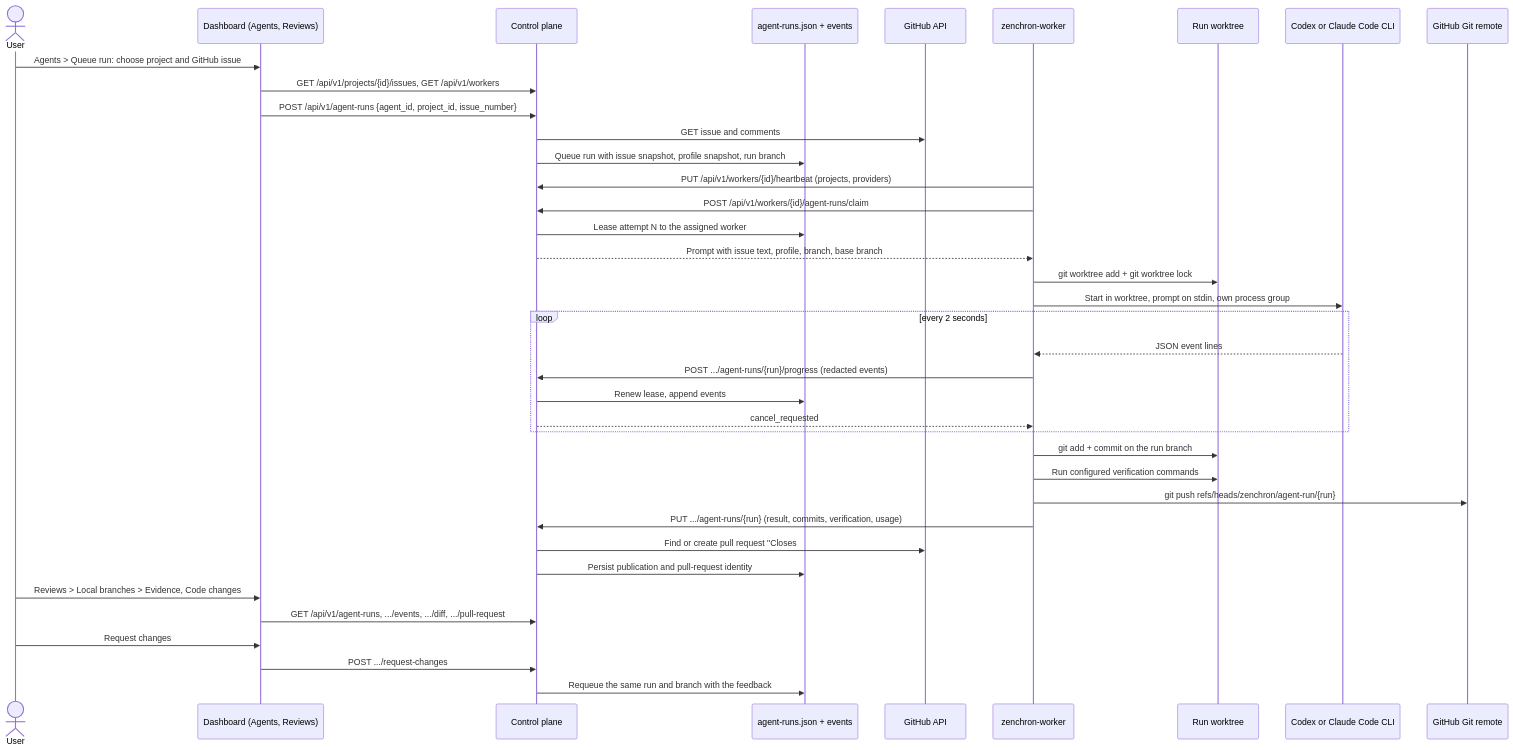
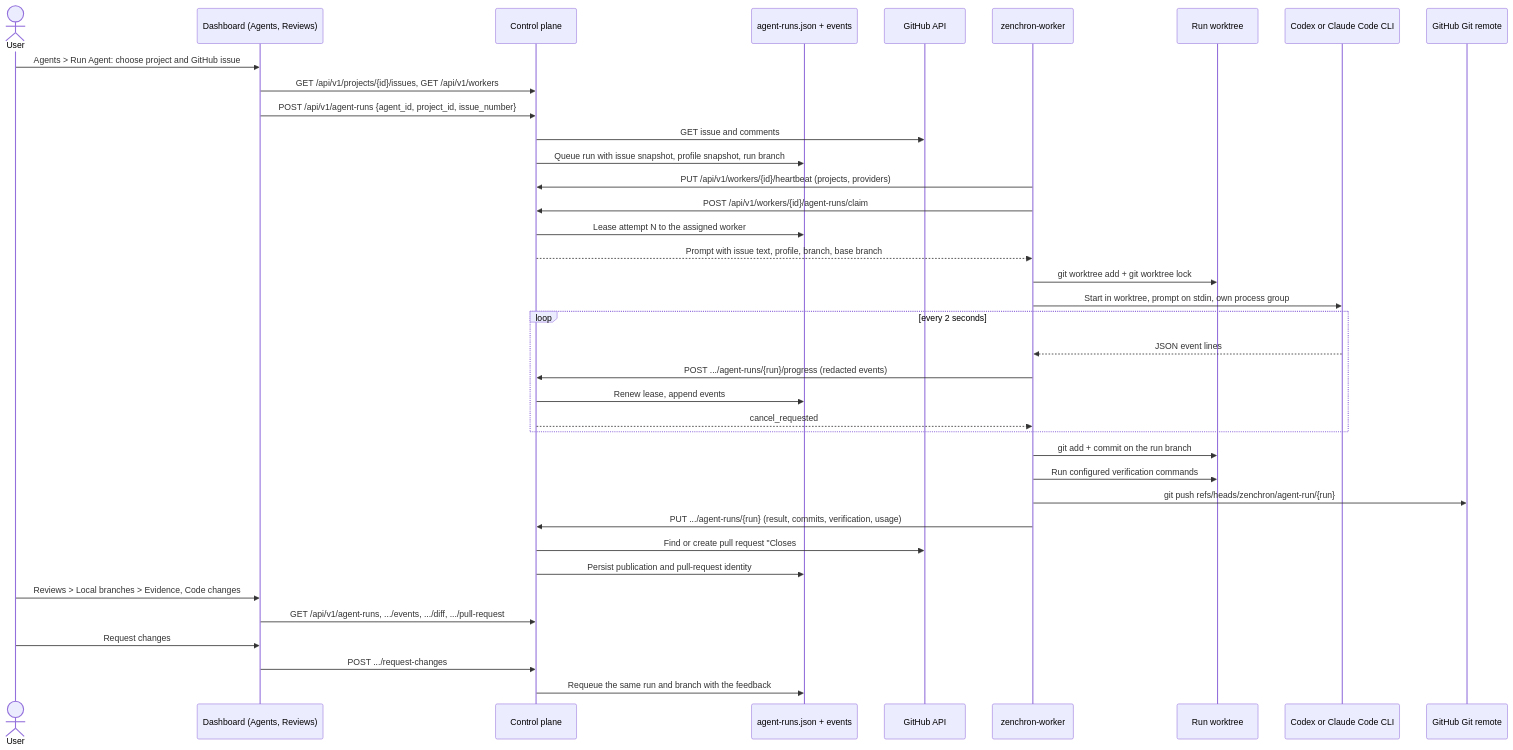
Before and after one commit to bogdaniel/zenchron-engineering-os: the first of 2 diagrams in docs/features/issue-to-pull-request.md, drawn with Mermaid. The commit also changed other lines of this file and 4 other files, not shown here.

````diff
--- a/docs/features/issue-to-pull-request.md
+++ b/docs/features/issue-to-pull-request.md
@@ -10,40 +10,40 @@
 ```mermaid
 sequenceDiagram
   actor User
   participant UI as Dashboard (Agents, Reviews)
   participant API as Control plane
   participant Store as agent-runs.json + events
   participant GH as GitHub API
   participant Worker as zenchron-worker
   participant Tree as Run worktree
   participant CLI as Codex or Claude Code CLI
   participant Remote as GitHub Git remote
-  User->>UI: Agents > Queue run: choose project and GitHub issue
+  User->>UI: Agents > Run Agent: choose project and GitHub issue
   UI->>API: GET /api/v1/projects/{id}/issues, GET /api/v1/workers
   UI->>API: POST /api/v1/agent-runs {agent_id, project_id, issue_number}
   API->>GH: GET issue and comments
   API->>Store: Queue run with issue snapshot, profile snapshot, run branch
   Worker->>API: PUT /api/v1/workers/{id}/heartbeat (projects, providers)
   Worker->>API: POST /api/v1/workers/{id}/agent-runs/claim
   API->>Store: Lease attempt N to the assigned worker
   API-->>Worker: Prompt with issue text, profile, branch, base branch
   Worker->>Tree: git worktree add + git worktree lock
   Worker->>CLI: Start in worktree, prompt on stdin, own process group
   loop every 2 seconds
     CLI-->>Worker: JSON event lines
     Worker->>API: POST .../agent-runs/{run}/progress (redacted events)
     API->>Store: Renew lease, append events
     API-->>Worker: cancel_requested
   end
   Worker->>Tree: git add + commit on the run branch
   Worker->>Tree: Run configured verification commands
   Worker->>Remote: git push refs/heads/zenchron/agent-run/{run}
   Worker->>API: PUT .../agent-runs/{run} (result, commits, verification, usage)
   API->>GH: Find or create pull request "Closes #issue"
   API->>Store: Persist publication and pull-request identity
   User->>UI: Reviews > Local branches > Evidence, Code changes
   UI->>API: GET /api/v1/agent-runs, .../events, .../diff, .../pull-request
   User->>UI: Request changes
   UI->>API: POST .../request-changes
   API->>Store: Requeue the same run and branch with the feedback
 ```
````
